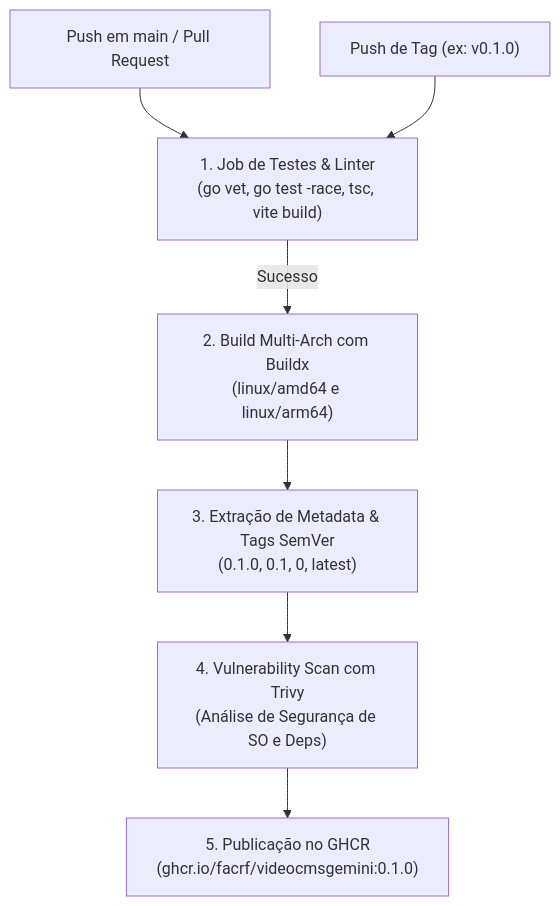
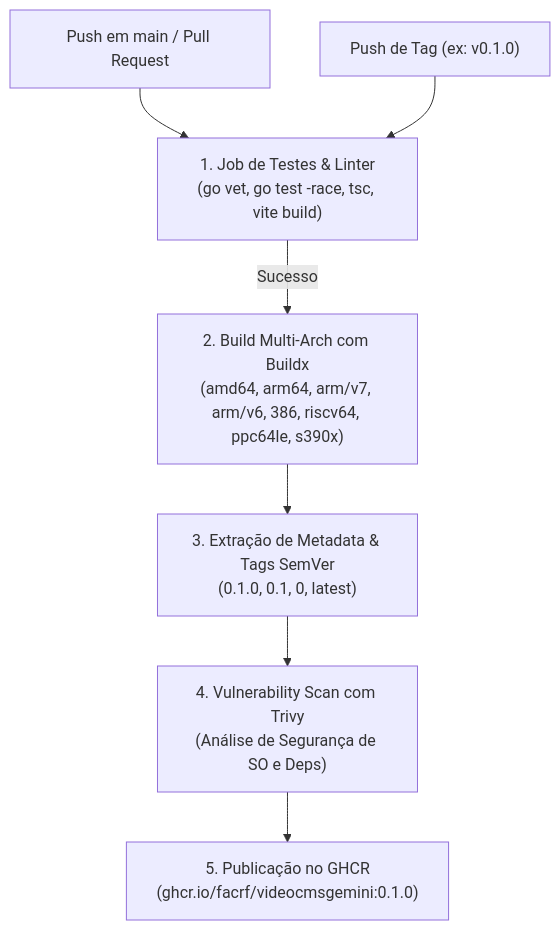
Before and after one commit to facrf/videocmsgemini: the diagram in docs/ghcr.md, drawn with Mermaid. The commit also changed other lines of this file and 3 other files, not shown here.

````diff
--- a/docs/ghcr.md
+++ b/docs/ghcr.md
@@ -22,10 +22,10 @@
 ```mermaid
 flowchart TD
     PushMain["Push em main / Pull Request"] --> TestJob["1. Job de Testes & Linter\n(go vet, go test -race, tsc, vite build)"]
     PushTag["Push de Tag (ex: v0.1.0)"] --> TestJob
     
-    TestJob -->|Sucesso| BuildxJob["2. Build Multi-Arch com Buildx\n(linux/amd64 e linux/arm64)"]
+    TestJob -->|Sucesso| BuildxJob["2. Build Multi-Arch com Buildx\n(amd64, arm64, arm/v7, arm/v6, 386, riscv64, ppc64le, s390x)"]
     BuildxJob --> Meta["3. Extração de Metadata & Tags SemVer\n(0.1.0, 0.1, 0, latest)"]
     Meta --> SecScan["4. Vulnerability Scan com Trivy\n(Análise de Segurança de SO e Deps)"]
     SecScan --> PushGHCR["5. Publicação no GHCR\n(ghcr.io/facrf/videocmsgemini:0.1.0)"]
 ```
````
